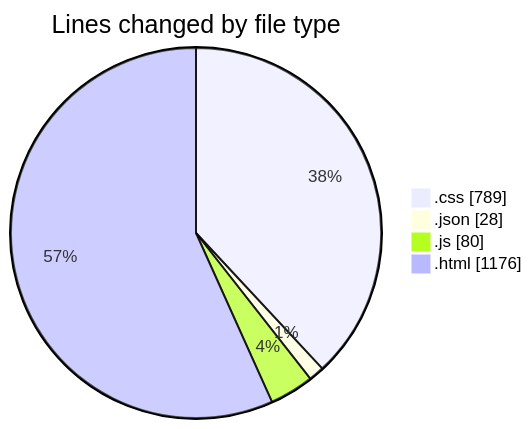
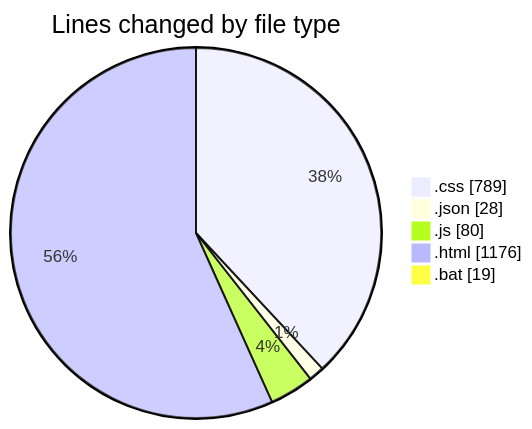
One commit to becaeroporto-bot/code-tracking changed the first of 2 diagrams in 2026-02-18/bot_v1_2/README.md. Above: the diagram before and after it, drawn with Mermaid. The commit also changed other lines of this file and 1 other file, not shown here.

````diff
--- a/2026-02-18/bot_v1_2/README.md
+++ b/2026-02-18/bot_v1_2/README.md
@@ -26,8 +27,9 @@
 ```mermaid
 pie showData
 title Lines changed by file type
 ".css" : 789
 ".json" : 28
 ".js" : 80
 ".html" : 1176
+".bat" : 19
 ```
````
